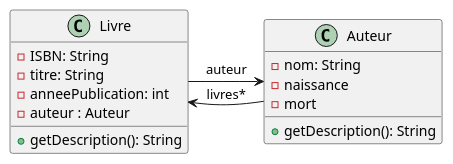
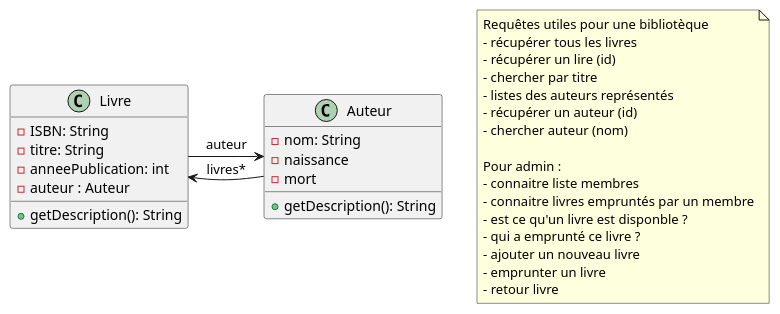
The diagram in doc/1_Classes_Bases.puml (florentBourgeois/biblioWeb-25-26), drawn with PlantUML before and after one commit. The commit also changed 3 other files, not shown here.

```diff
--- a/doc/1_Classes_Bases.puml
+++ b/doc/1_Classes_Bases.puml
@@ -1,25 +1,28 @@
 @startuml
 'https://plantuml.com/sequence-diagram
 
 class Livre {
     - ISBN: String
     - titre: String
     - anneePublication: int
     - auteur : Auteur
 
     + getDescription(): String
 }
 
 class Auteur {
 - nom: String
 - naissance
 - mort
 
 + getDescription(): String
 }
 
 
 Livre ->  Auteur : auteur
 Auteur -> Livre : livres*
 
+note "Requêtes utiles pour une bibliotèque\n- récupérer tous les livres\n- récupérer un lire (id)\n- chercher par titre\n- listes des auteurs représentés\n- récupérer un auteur (id)\n- chercher auteur (nom)\n\nPour admin : \n- connaitre liste membres\n- connaitre livres empruntés par un membre\n- est ce qu'un livre est disponble ? \n- qui a emprunté ce livre ?\n- ajouter un nouveau livre\n- emprunter un livre\n- retour livre" as N1
+
+
 @enduml
```
